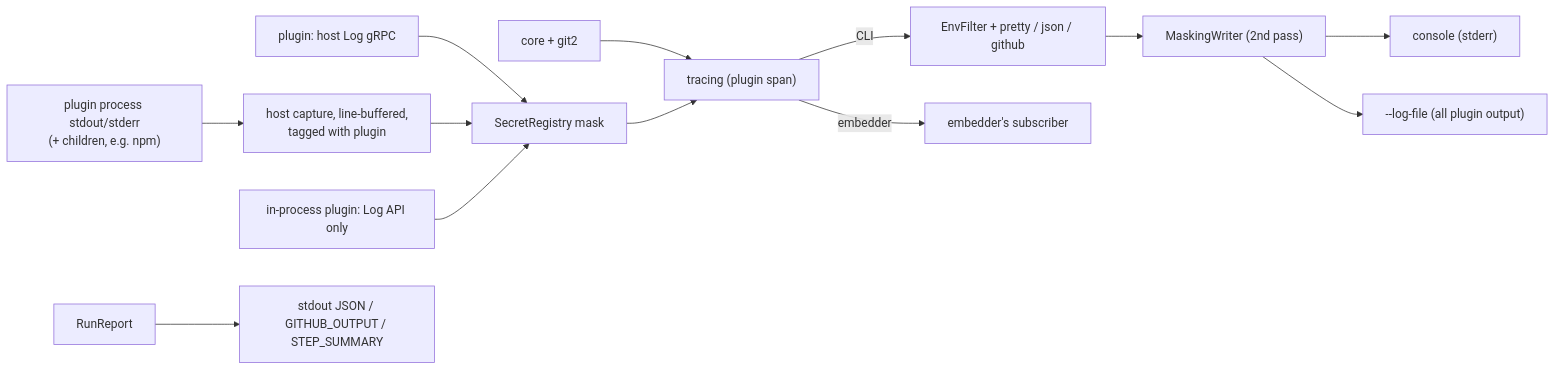
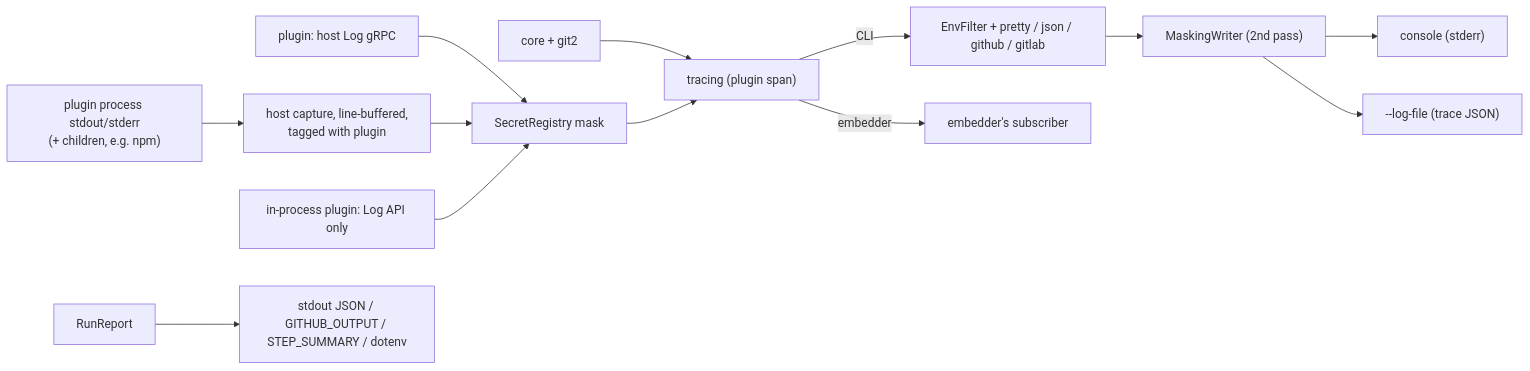
The first of 2 diagrams in docs/OBSERVABILITY.md (semoxide/semoxide), drawn with Mermaid before and after one commit. The commit also changed other lines of this file and 154 other files, not shown here.

````diff
--- a/docs/OBSERVABILITY.md
+++ b/docs/OBSERVABILITY.md
@@ -19,13 +17,13 @@
 ```mermaid
 flowchart LR
     core["core + git2"] --> tr
     plog["plugin: host Log gRPC"] --> mask
     pout["plugin process stdout/stderr<br/>(+ children, e.g. npm)"] --> cap["host capture, line-buffered,<br/>tagged with plugin"] --> mask
     inproc["in-process plugin: Log API only"] --> mask
     mask["SecretRegistry mask"] --> tr["tracing (plugin span)"]
-    tr -->|CLI| sub["EnvFilter + pretty / json / github"] --> mw["MaskingWriter (2nd pass)"]
+    tr -->|CLI| sub["EnvFilter + pretty / json / github / gitlab"] --> mw["MaskingWriter (2nd pass)"]
     mw --> con["console (stderr)"]
-    mw --> lf["--log-file (all plugin output)"]
+    mw --> lf["--log-file (trace JSON)"]
     tr -->|embedder| own["embedder's subscriber"]
-    rep["RunReport"] --> out["stdout JSON / GITHUB_OUTPUT / STEP_SUMMARY"]
+    rep["RunReport"] --> out["stdout JSON / GITHUB_OUTPUT / STEP_SUMMARY / dotenv"]
 ```
````
